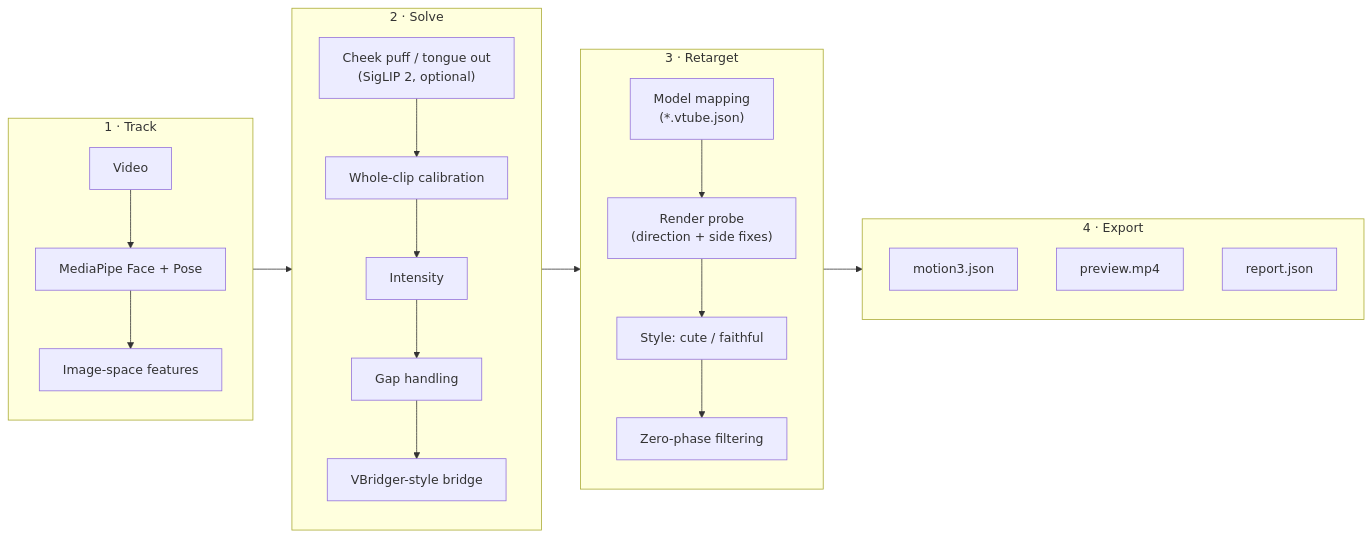
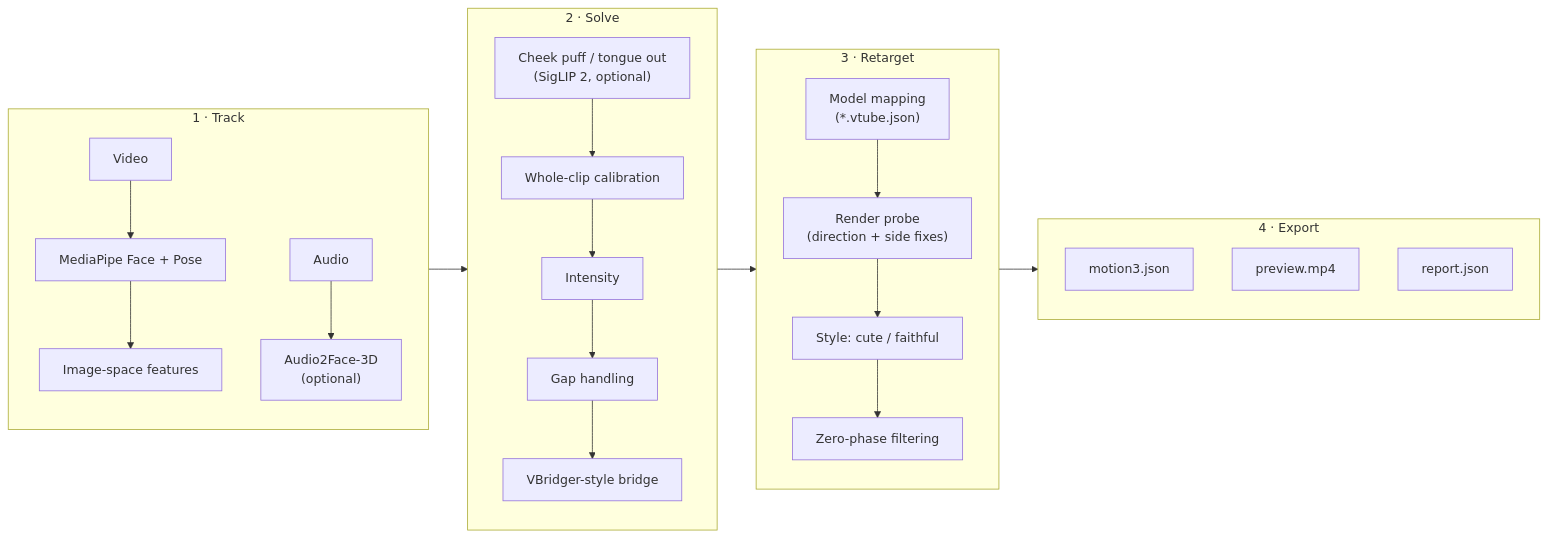
One commit to FMsongX2/video2live2d changed the diagram in README.md. Above: the diagram before and after it, drawn with Mermaid. The commit also changed other lines of this file and 34 other files, not shown here.

First line of the commit message:
Audio2Live2D: speech audio drives the face through NVIDIA Audio2Face-3D

````diff
--- a/README.md
+++ b/README.md
@@ -38,28 +39,29 @@
 ```mermaid
 flowchart LR
     subgraph S1["1 · Track"]
         direction TB
         A["Video"] --> B["MediaPipe Face + Pose"]
         B --> C["Image-space features"]
+        A2["Audio"] --> A3["Audio2Face-3D<br/>(optional)"]
     end
     subgraph S2["2 · Solve"]
         direction TB
         E["Cheek puff / tongue out<br/>(SigLIP 2, optional)"] --> D["Whole-clip calibration"]
         D --> P["Intensity"]
         P --> F["Gap handling"]
         F --> G["VBridger-style bridge"]
     end
     subgraph S3["3 · Retarget"]
         direction TB
         H["Model mapping<br/>(*.vtube.json)"] --> I["Render probe<br/>(direction + side fixes)"]
         I --> J["Style: cute / faithful"]
         J --> K["Zero-phase filtering"]
     end
     subgraph S4["4 · Export"]
         direction TB
         L["motion3.json"]
         M["preview.mp4"]
         N["report.json"]
     end
     S1 --> S2 --> S3 --> S4
 ```
````
